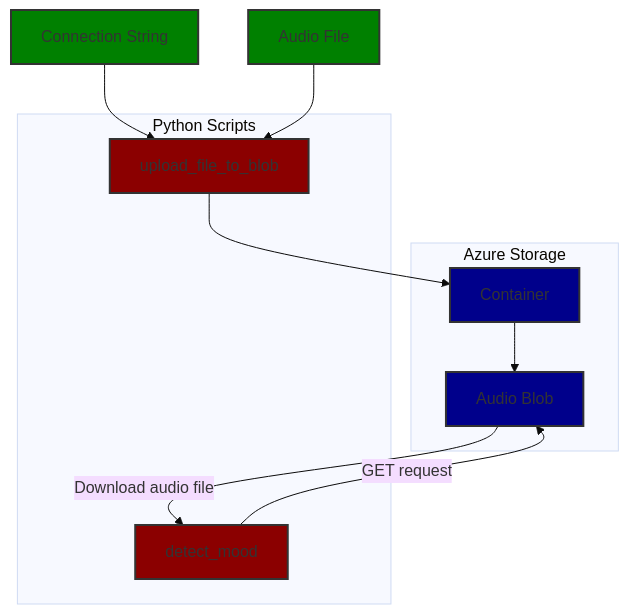
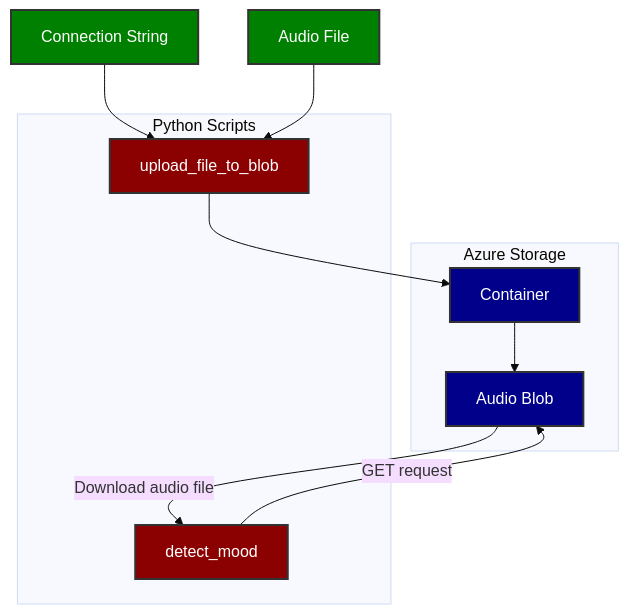
The diagram in README.md (devyansh/wavely), drawn with Mermaid (base theme) before and after one commit.

Commit message:
color change

````diff
--- a/README.md
+++ b/README.md
@@ -24,22 +24,22 @@
 ```mermaid
 graph TD
     subgraph "Azure Storage"
         A[Container] --> B[Audio Blob]
     end
 
     subgraph "Python Scripts"
         C[upload_file_to_blob] --> A
         B --> |Download audio file| D[detect_mood]
     end
 
     E[Connection String] --> C
     F[Audio File] --> C
     D --> |GET request|B
 
-    style A fill:#00008b, stroke:#333, stroke-width:2px;
-    style B fill:#00008b, stroke:#333, stroke-width:2px;
-    style C fill:#8b0000, stroke:#333, stroke-width:2px;
-    style D fill:#8b0000, stroke:#333, stroke-width:2px;
-    style E fill:#008000, stroke:#333, stroke-width:2px;
-    style F fill:#008000, stroke:#333, stroke-width:2px;
+    style A fill:#00008b, stroke:#333, stroke-width:2px, color:#FFFFFF;
+    style B fill:#00008b, stroke:#333, stroke-width:2px, color:#FFFFFF;
+    style C fill:#8b0000, stroke:#333, stroke-width:2px, color:#FFFFFF;
+    style D fill:#8b0000, stroke:#333, stroke-width:2px, color:#FFFFFF;
+    style E fill:#008000, stroke:#333, stroke-width:2px, color:#FFFFFF;
+    style F fill:#008000, stroke:#333, stroke-width:2px, color:#FFFFFF;
 ```
````
